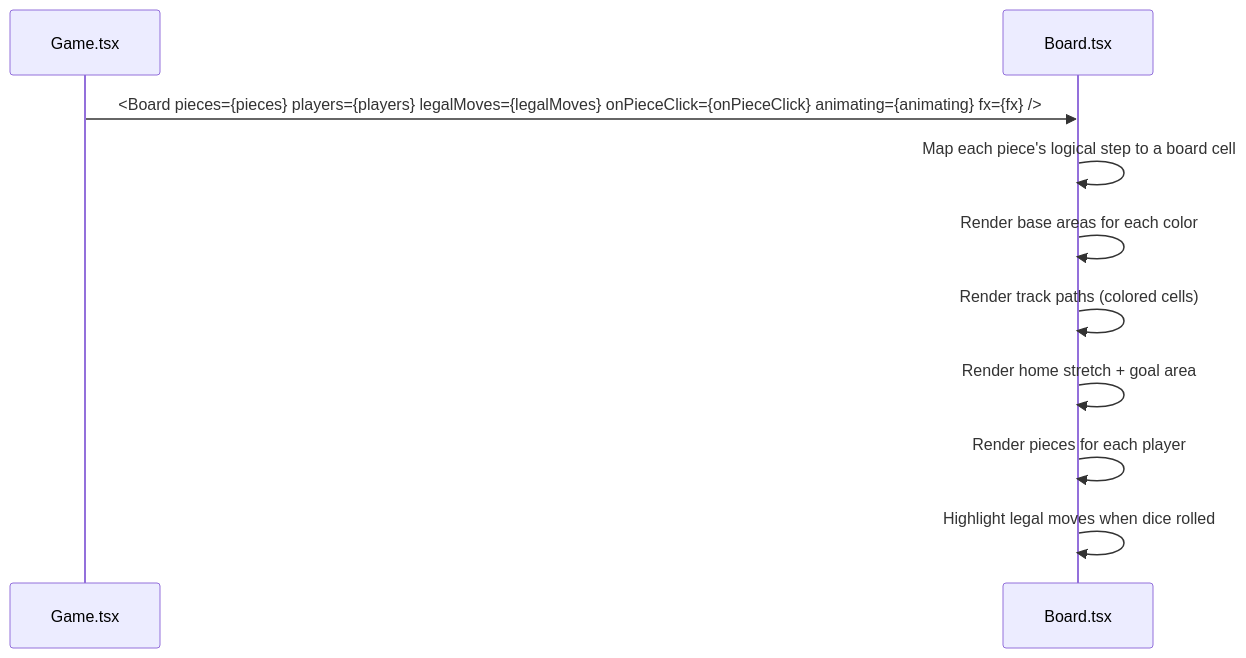
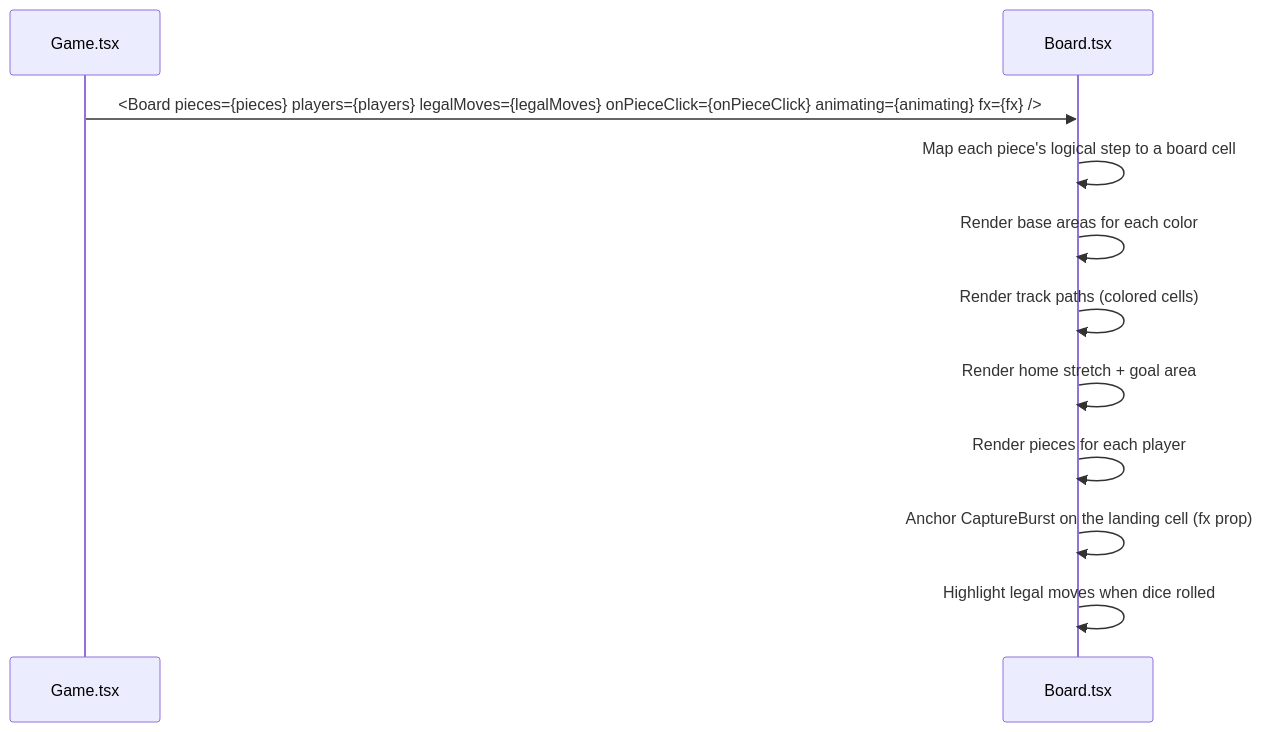
Before and after one commit to IrmaJoKerr/ft_transcendence-ludo: the second of 4 diagrams in docs/frontend/frontend-components-system.md, drawn with Mermaid. The commit also changed other lines of this file and 6 other files, not shown here.

Commit message:
feature(animation): the clash card wears a dim copy of the capture burst and the board's burst waits 50ms for the card to leave; burst extracted to CaptureBurst, cell geometry to game/boardGeometry. Docs: updated to match.

````diff
--- a/docs/frontend/frontend-components-system.md
+++ b/docs/frontend/frontend-components-system.md
@@ -140,13 +156,14 @@
 ```mermaid
 sequenceDiagram
     participant Game as Game.tsx
     participant Board as Board.tsx
 
     Game->>Board: <Board pieces={pieces} players={players} legalMoves={legalMoves} onPieceClick={onPieceClick} animating={animating} fx={fx} />
     Board->>Board: Map each piece's logical step to a board cell
     Board->>Board: Render base areas for each color
     Board->>Board: Render track paths (colored cells)
     Board->>Board: Render home stretch + goal area
     Board->>Board: Render pieces for each player
+    Board->>Board: Anchor CaptureBurst on the landing cell (fx prop)
     Board->>Board: Highlight legal moves when dice rolled
 ```
````
